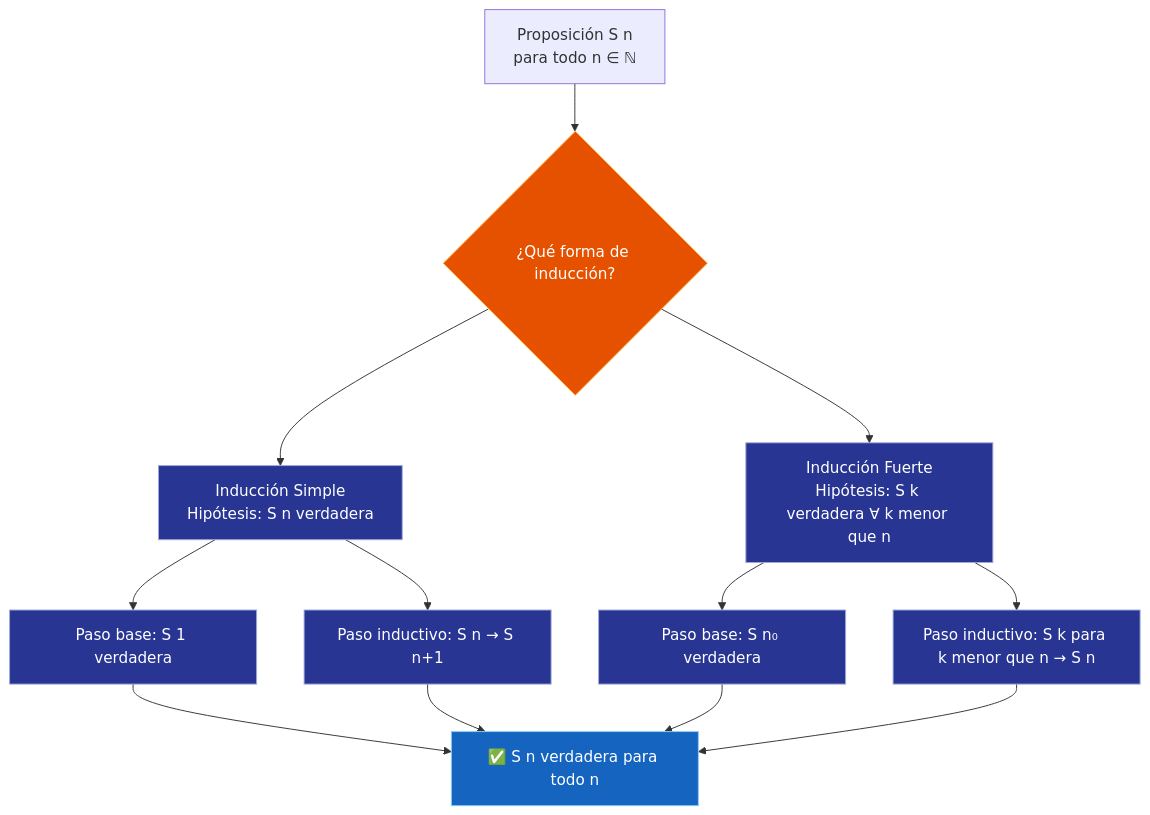
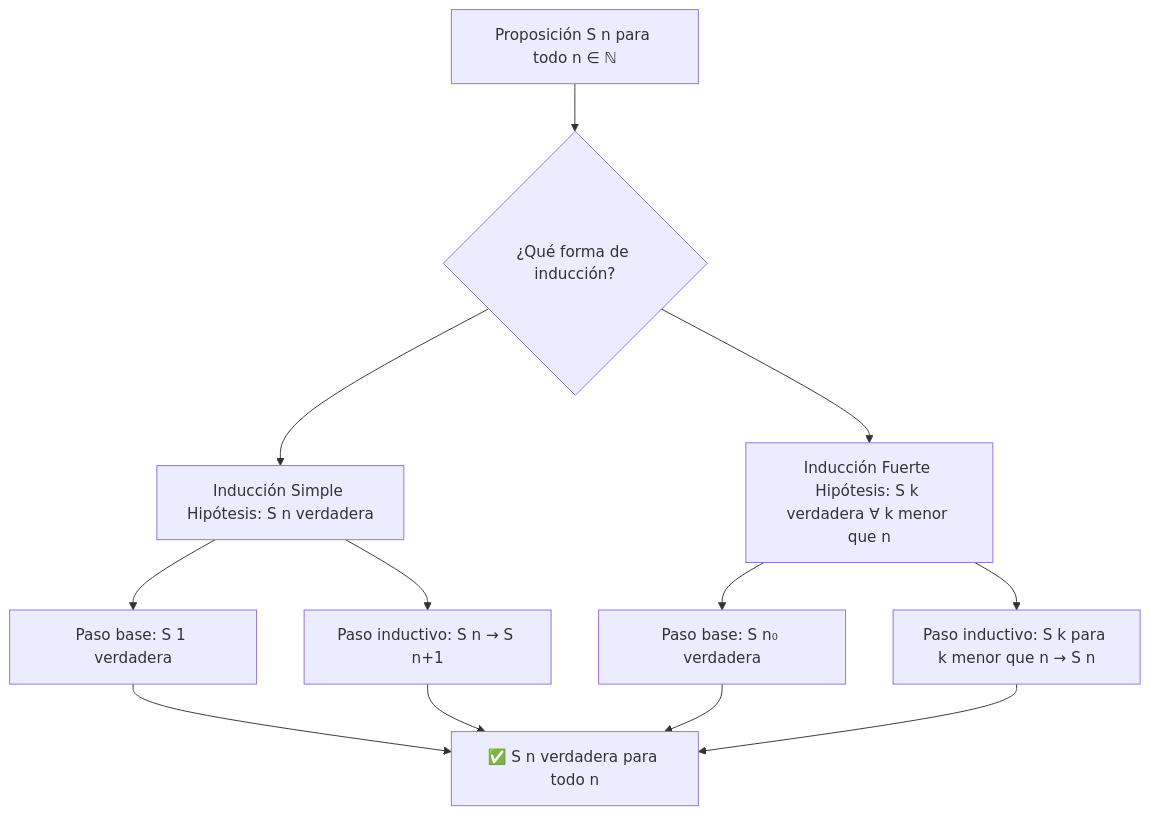
Before and after one commit to Fsteven22/Notas-ESPOL: the diagram in src/site/notes/Universidad/3er Semestre/Matemáticas Discretas/Unidad 1 - Logica y Conjuntos/III - Razonamiento Inductivo/03 - Inducción Matemática.md, drawn with Mermaid. The commit also changed other lines of this file and 179 other files, not shown here.

````diff
--- a/src/site/notes/Universidad/3er Semestre/Matemáticas Discretas/Unidad 1 - Logica y Conjuntos/III - Razonamiento Inductivo/03 - Inducción Matemática.md
+++ b/src/site/notes/Universidad/3er Semestre/Matemáticas Discretas/Unidad 1 - Logica y Conjuntos/III - Razonamiento Inductivo/03 - Inducción Matemática.md
@@ -217,27 +217,19 @@
 ```mermaid
 graph TD
-    A[Proposición S n<br/>para todo n ∈ ℕ] --> B{¿Qué forma de inducción?}
+    A[Proposición S n para todo n ∈ ℕ] --> B{¿Qué forma de inducción?}
 
-    B --> C[Inducción Simple<br/>Hipótesis: S n verdadera]
-    B --> D[Inducción Fuerte<br/>Hipótesis: S k verdadera ∀ k menor que n]
+    B --> C[Inducción Simple Hipótesis: S n verdadera]
+    B --> D[Inducción Fuerte Hipótesis: S k verdadera ∀ k menor que n]
 
     C --> E[Paso base: S 1 verdadera]
     C --> F[Paso inductivo: S n → S n+1]
 
     D --> G[Paso base: S n₀ verdadera]
     D --> H[Paso inductivo: S k para k menor que n → S n]
 
     E --> I[✅ S n verdadera para todo n]
     F --> I
     G --> I
     H --> I
-    style B fill:#E65100,color:#FFFFFF,stroke:#FFB74D,stroke-width:1px
-    style C fill:#283593,color:#FFFFFF,stroke:#9FA8DA,stroke-width:1px
-    style D fill:#283593,color:#FFFFFF,stroke:#9FA8DA,stroke-width:1px
-    style E fill:#283593,color:#FFFFFF,stroke:#9FA8DA,stroke-width:1px
-    style F fill:#283593,color:#FFFFFF,stroke:#9FA8DA,stroke-width:1px
-    style G fill:#283593,color:#FFFFFF,stroke:#9FA8DA,stroke-width:1px
-    style H fill:#283593,color:#FFFFFF,stroke:#9FA8DA,stroke-width:1px
-    style I fill:#1565C0,color:#FFFFFF,stroke:#90CAF9,stroke-width:1px
 
 ```
````
